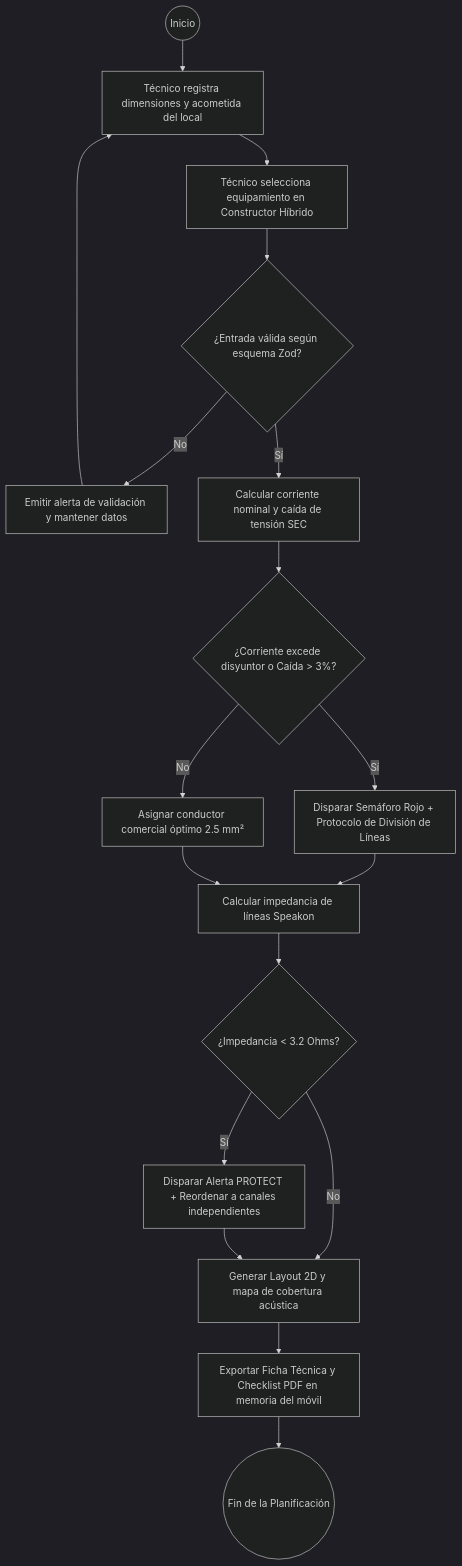
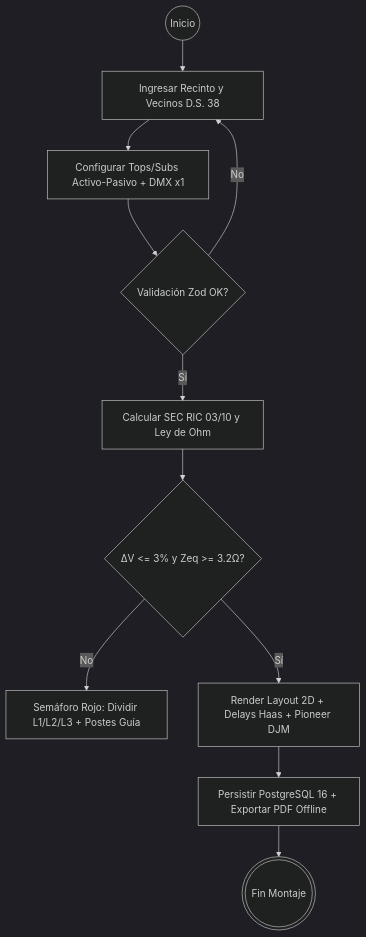
Before and after one commit to MauricioVega01/stage-plan: the second of 3 diagrams in INFORME_SUMATIVA_02_TIHV43_MAURICIO_VEGA.md, drawn with Mermaid (dark theme). The commit also changed other lines of this file and 43 other files, not shown here.

Commit message:
docs(u2): paquete oficial Sumativa 2, diagramas 4+1, SQL PG16, capturas reales y limpieza QA

````diff
--- a/INFORME_SUMATIVA_02_TIHV43_MAURICIO_VEGA.md
+++ b/INFORME_SUMATIVA_02_TIHV43_MAURICIO_VEGA.md
@@ -397,20 +444,13 @@
 ```mermaid
 flowchart TD
-    Start((Inicio)) --> P1[Técnico registra dimensiones y acometida del local]
-    P1 --> P2[Técnico selecciona equipamiento en Constructor Híbrido]
-    P2 --> P3{¿Entrada válida según esquema Zod?}
-    P3 -- No --> P4[Emitir alerta de validación y mantener datos]
-    P4 --> P1
-    P3 -- Sí --> P5[Calcular corriente nominal y caída de tensión SEC]
-    P5 --> P6{¿Corriente excede disyuntor o Caída > 3%?}
-    P6 -- Sí --> P7[Disparar Semáforo Rojo + Protocolo de División de Líneas]
-    P6 -- No --> P8[Asignar conductor comercial óptimo 2.5 mm²]
-    P7 --> P9[Calcular impedancia de líneas Speakon]
-    P8 --> P9
-    P9 --> P10{¿Impedancia < 3.2 Ohms?}
-    P10 -- Sí --> P11[Disparar Alerta PROTECT + Reordenar a canales independientes]
-    P10 -- No --> P12[Generar Layout 2D y mapa de cobertura acústica]
-    P11 --> P12
-    P12 --> P13[Exportar Ficha Técnica y Checklist PDF en memoria del móvil]
-    P13 --> End((Fin de la Planificación))
+  I((Inicio)) --> A[Ingresar Recinto y Vecinos D.S. 38]
+  A --> B[Configurar Tops/Subs Activo-Pasivo + DMX x1]
+  B --> V{Validación Zod OK?}
+  V -- No --> A
+  V -- Sí --> C[Calcular SEC RIC 03/10 y Ley de Ohm]
+  C --> G{ΔV <= 3% y Zeq >= 3.2Ω?}
+  G -- No --> R[Semáforo Rojo: Dividir L1/L2/L3 + Postes Guía]
+  G -- Sí --> O[Render Layout 2D + Delays Haas + Pioneer DJM]
+  O --> P[Persistir PostgreSQL 16 + Exportar PDF Offline]
+  P --> F(((Fin Montaje)))
 ```
````
